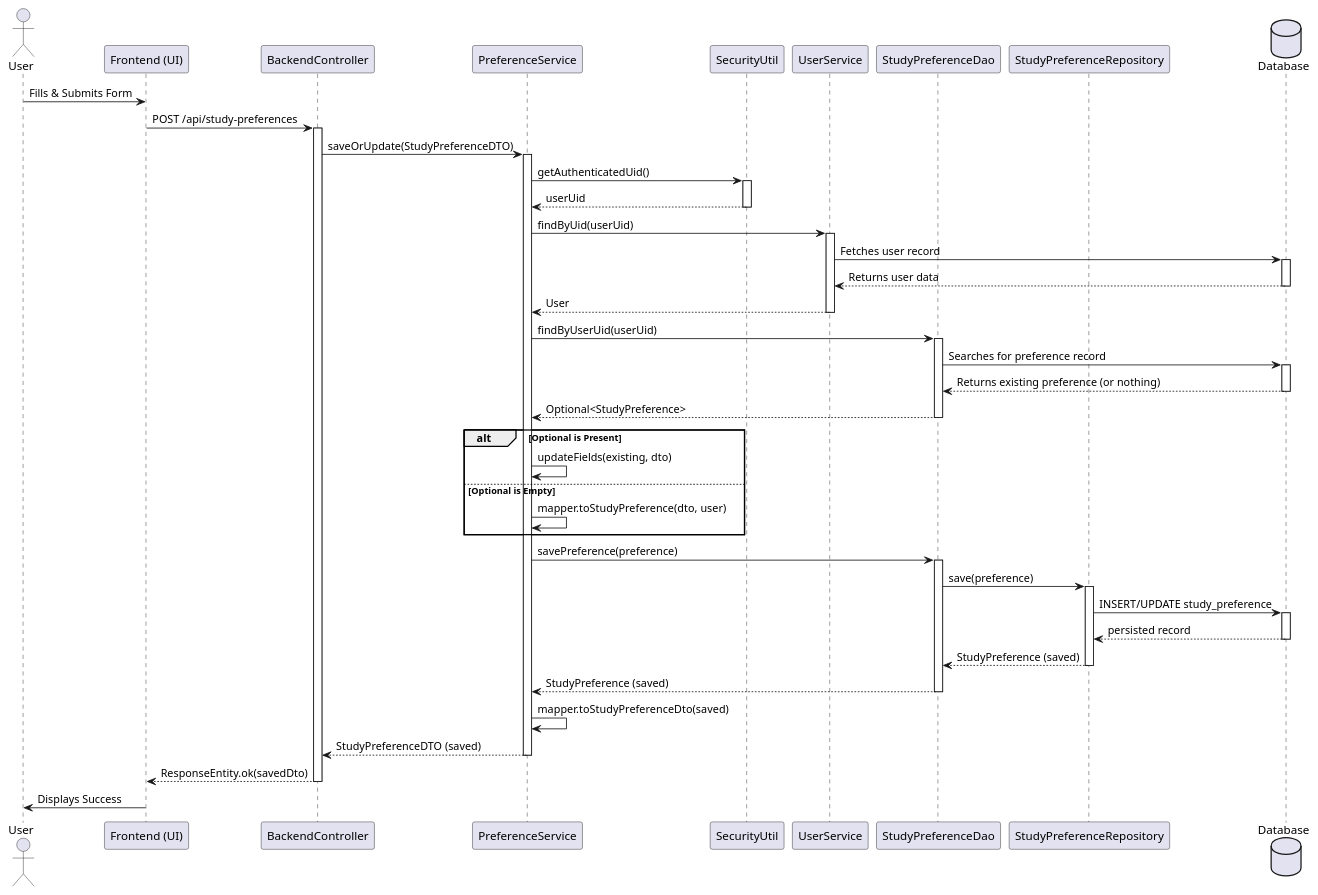
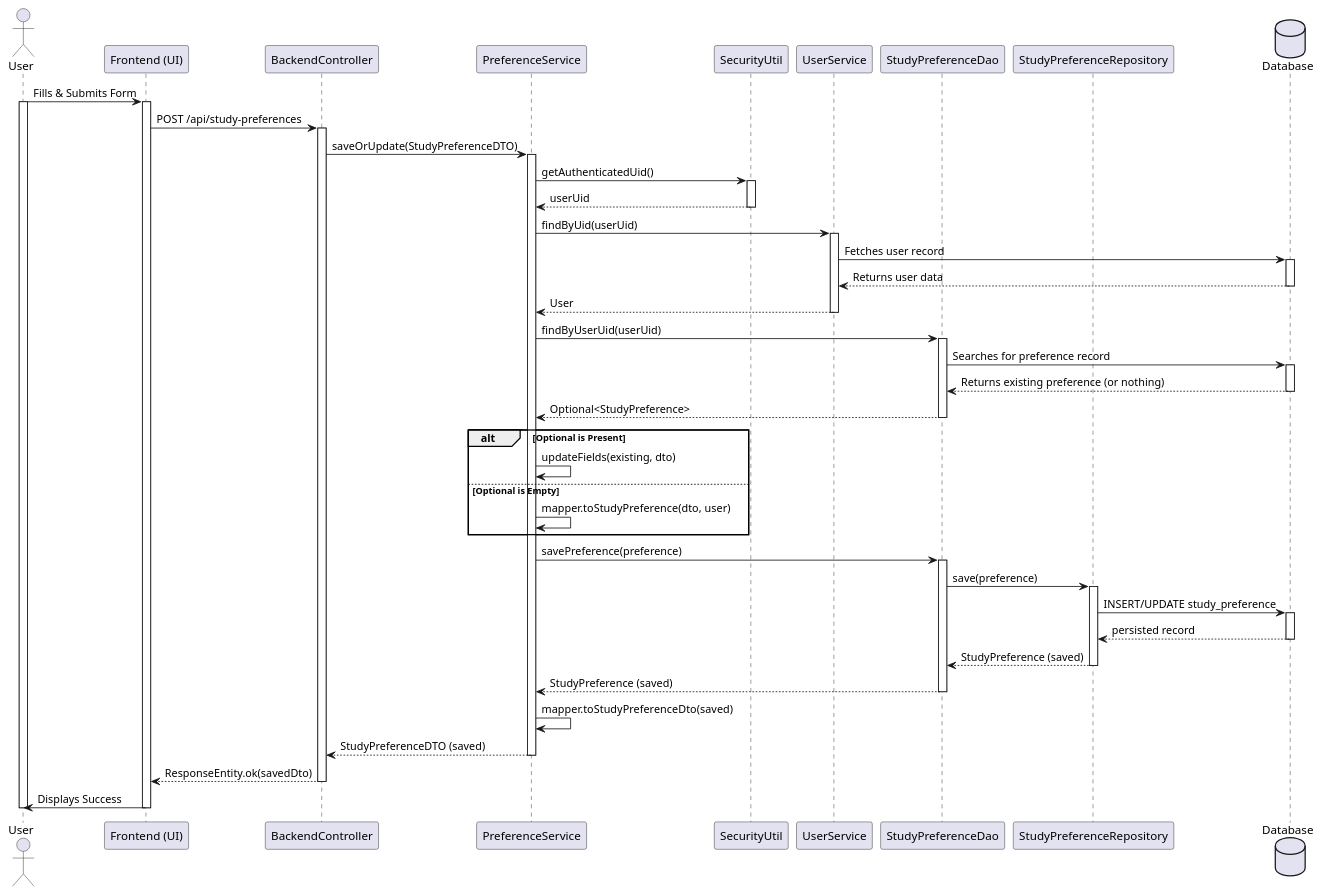
One commit to keerati5003/PlanMate-Diagram changed the diagram in sequence/question-form.puml. Above: the diagram before and after it, drawn with PlantUML. The commit also changed 3 other files, not shown here.

```diff
--- a/sequence/question-form.puml
+++ b/sequence/question-form.puml
@@ -1,70 +1,73 @@
 @startuml
 actor User
 participant "Frontend (UI)" as Frontend
 participant "BackendController" as Controller
 participant "PreferenceService" as Service
 participant "SecurityUtil" as Security
 participant "UserService" as UserService
 participant "StudyPreferenceDao" as DAO
 participant "StudyPreferenceRepository" as Repository
 database "Database" as DB
 
 User -> Frontend : Fills & Submits Form
+activate User
+activate Frontend
 Frontend -> Controller : POST /api/study-preferences
 activate Controller
 
 Controller -> Service : saveOrUpdate(StudyPreferenceDTO)
 activate Service
 
 Service -> Security : getAuthenticatedUid()
 activate Security
 Security --> Service : userUid
 deactivate Security
 
 Service -> UserService : findByUid(userUid)
 activate UserService
 UserService -> DB: Fetches user record
 activate DB
 DB --> UserService: Returns user data
 deactivate DB
 UserService --> Service : User
 deactivate UserService
 
 Service -> DAO : findByUserUid(userUid)
 activate DAO
 DAO -> DB : Searches for preference record
 activate DB
 DB --> DAO : Returns existing preference (or nothing)
 deactivate DB
 DAO --> Service : Optional<StudyPreference>
 deactivate DAO
 
 alt Optional is Present
     Service -> Service : updateFields(existing, dto)
 else Optional is Empty
     Service -> Service : mapper.toStudyPreference(dto, user)
 end
 
 Service -> DAO : savePreference(preference)
 activate DAO
 DAO -> Repository : save(preference)
 activate Repository
 Repository -> DB : INSERT/UPDATE study_preference
 activate DB
 DB --> Repository : persisted record
 deactivate DB
 Repository --> DAO : StudyPreference (saved)
 deactivate Repository
 DAO --> Service : StudyPreference (saved)
 deactivate DAO
 
 Service -> Service : mapper.toStudyPreferenceDto(saved)
 Service --> Controller : StudyPreferenceDTO (saved)
 deactivate Service
 
 Controller --> Frontend : ResponseEntity.ok(savedDto)
 deactivate Controller
 
 Frontend -> User : Displays Success
-
+deactivate Frontend
+deactivate User
 @enduml
```
